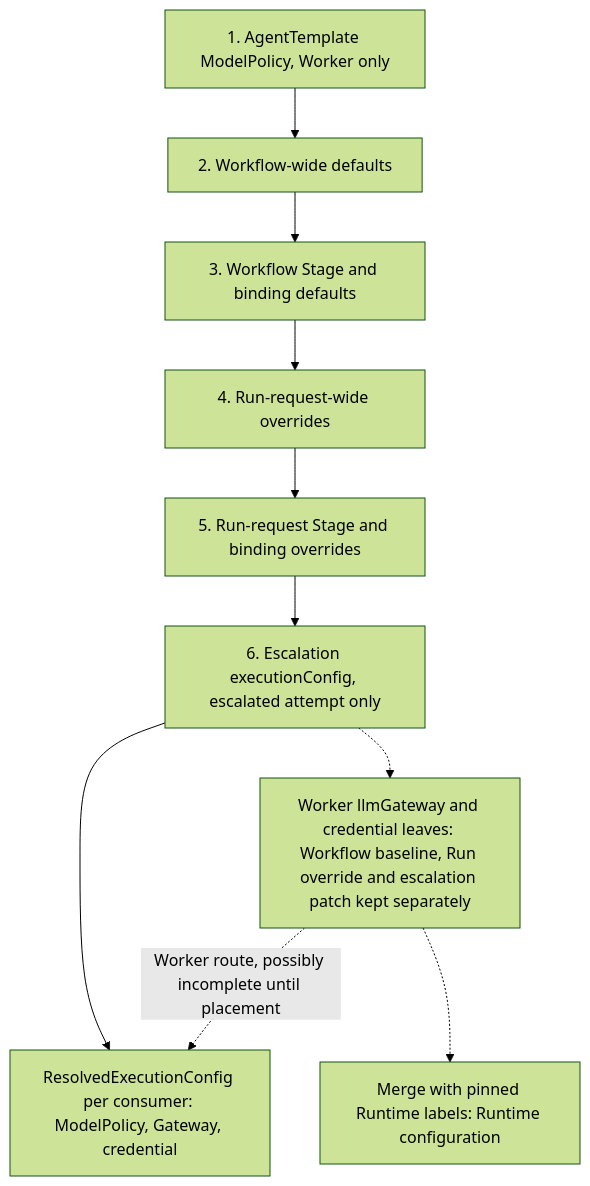
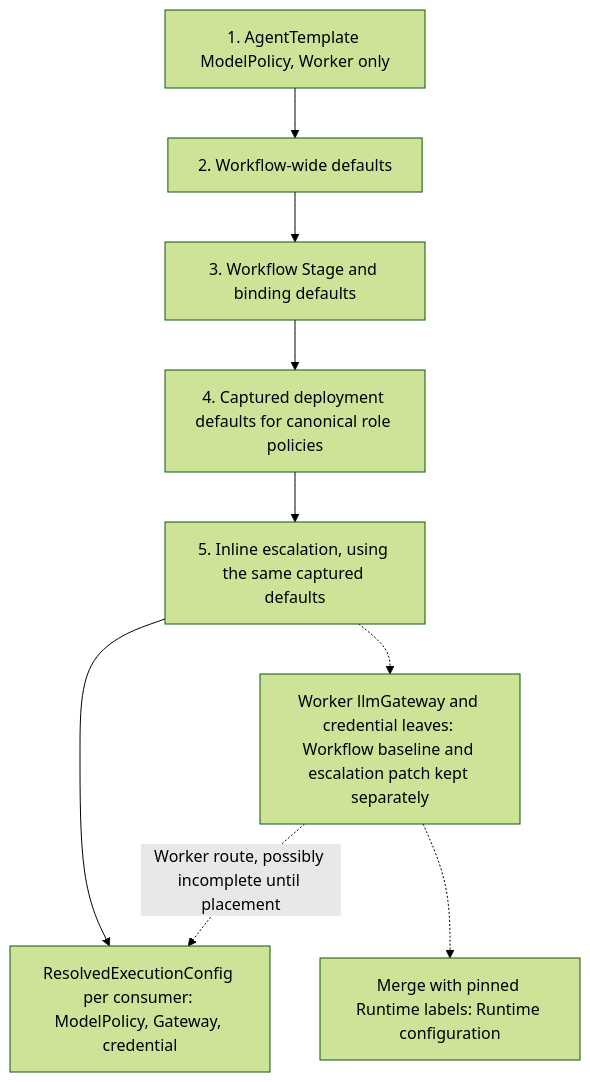
Before and after one commit to grauwolf32/contractor: the second of 2 diagrams in docs/spec/configuration/agent-templates.md, drawn with Mermaid (forest theme). The commit also changed other lines of this file and 136 other files, not shown here.

First line of the commit message:
refactor(config): select execution policies through Workflows

````diff
--- a/docs/spec/configuration/agent-templates.md
+++ b/docs/spec/configuration/agent-templates.md
@@ -196,12 +195,11 @@
 ```mermaid
 flowchart TB
     L1["1. AgentTemplate ModelPolicy, Worker only"] --> L2["2. Workflow-wide defaults"]
     L2 --> L3["3. Workflow Stage and binding defaults"]
-    L3 --> L4["4. Run-request-wide overrides"]
-    L4 --> L5["5. Run-request Stage and binding overrides"]
-    L5 --> L6["6. Escalation executionConfig, escalated attempt only"]
+    L3 --> L4["4. Captured deployment defaults for canonical role policies"]
+    L4 --> L6["5. Inline escalation, using the same captured defaults"]
     L6 --> R["ResolvedExecutionConfig per consumer: ModelPolicy, Gateway, credential"]
-    L6 -.-> P["Worker llmGateway and credential leaves: Workflow baseline, Run override and escalation patch kept separately"]
+    L6 -.-> P["Worker llmGateway and credential leaves: Workflow baseline and escalation patch kept separately"]
     P -.->|"Worker route, possibly incomplete until placement"| R
     P -.-> M["Merge with pinned Runtime labels: Runtime configuration"]
 ```
````
